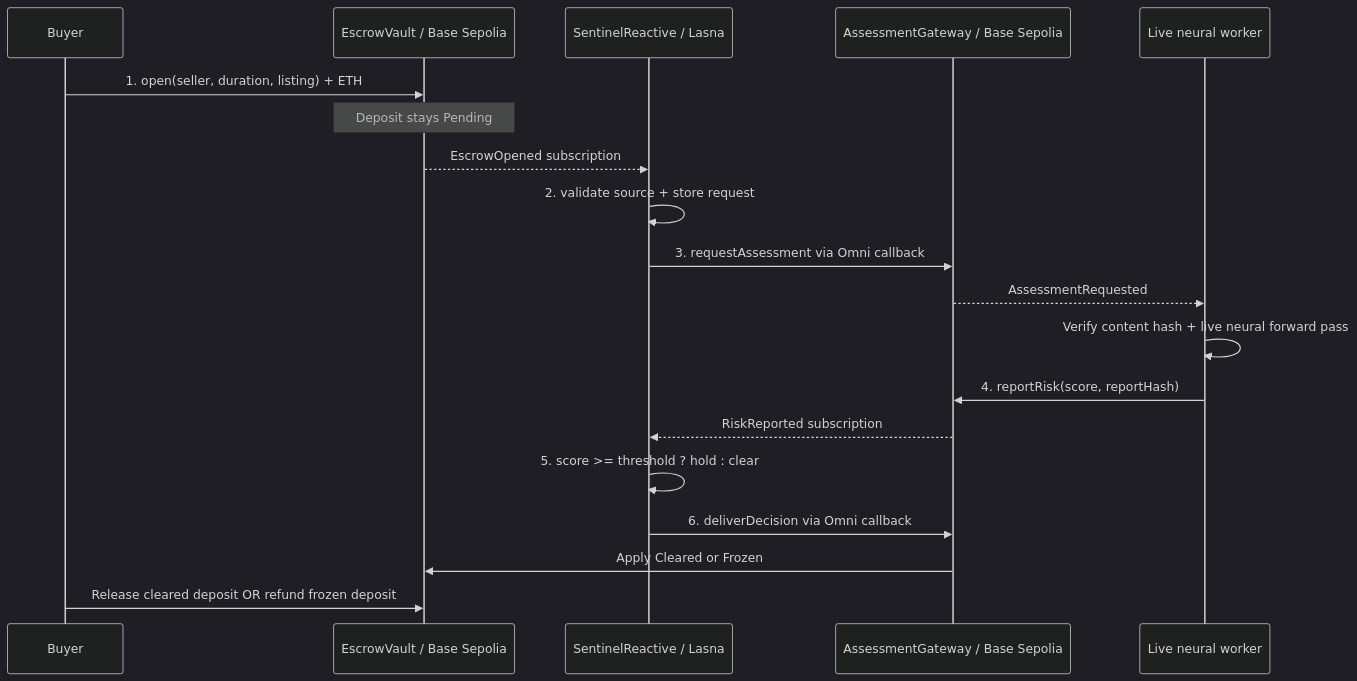
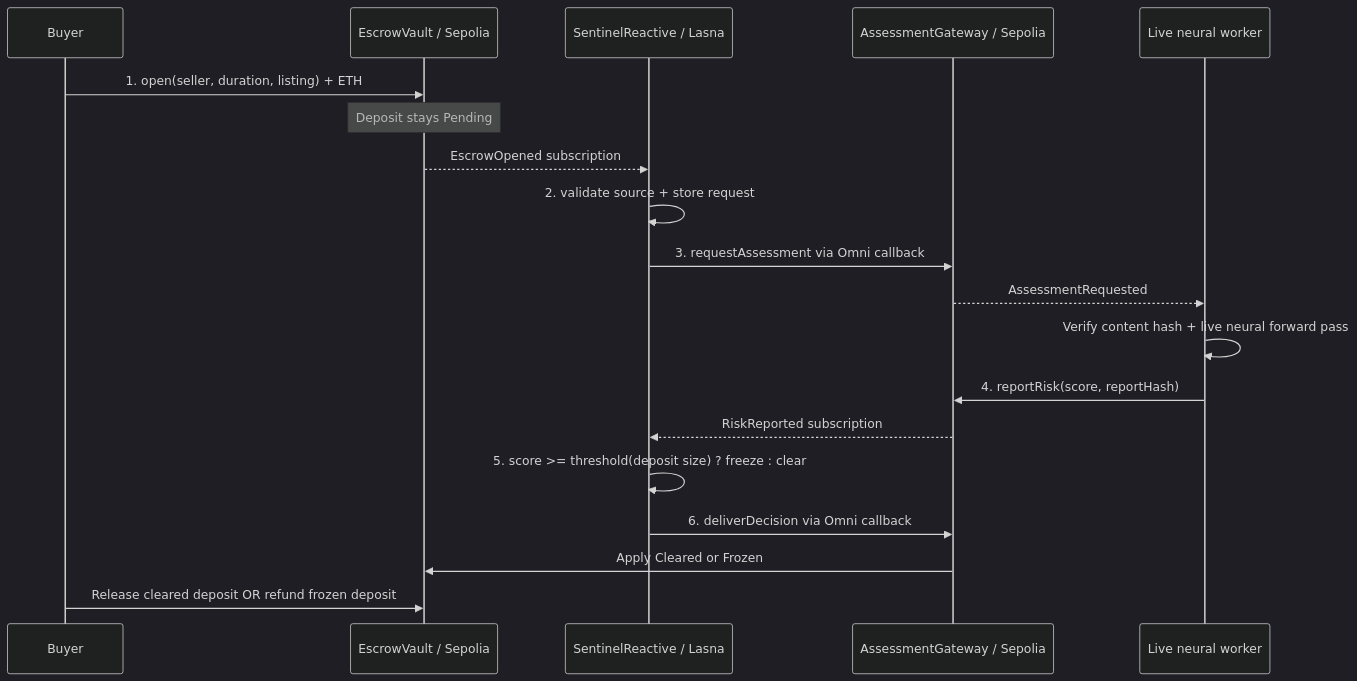
One commit to damien15-5/sentinel-escrow changed the diagram in README.md. Above: the diagram before and after it, drawn with Mermaid (dark theme). The commit also changed other lines of this file and 19 other files, not shown here.

Commit message:
Live Ethereum Sepolia + Lasna deployment: 4 verified loops, size-aware evidence, docs with real addresses and tx links

````diff
--- a/README.md
+++ b/README.md
@@ -44,21 +44,21 @@
 ```mermaid
 sequenceDiagram
     participant Buyer
-    participant Vault as EscrowVault / Base Sepolia
+    participant Vault as EscrowVault / Sepolia
     participant Reactive as SentinelReactive / Lasna
-    participant Gateway as AssessmentGateway / Base Sepolia
+    participant Gateway as AssessmentGateway / Sepolia
     participant AI as Live neural worker
     Buyer->>Vault: 1. open(seller, duration, listing) + ETH
     Note over Vault: Deposit stays Pending
     Vault-->>Reactive: EscrowOpened subscription
     Reactive->>Reactive: 2. validate source + store request
     Reactive->>Gateway: 3. requestAssessment via Omni callback
     Gateway-->>AI: AssessmentRequested
     AI->>AI: Verify content hash + live neural forward pass
     AI->>Gateway: 4. reportRisk(score, reportHash)
     Gateway-->>Reactive: RiskReported subscription
-    Reactive->>Reactive: 5. score >= threshold ? hold : clear
+    Reactive->>Reactive: 5. score >= threshold(deposit size) ? freeze : clear
     Reactive->>Gateway: 6. deliverDecision via Omni callback
     Gateway->>Vault: Apply Cleared or Frozen
     Buyer->>Vault: Release cleared deposit OR refund frozen deposit
 ```
````
